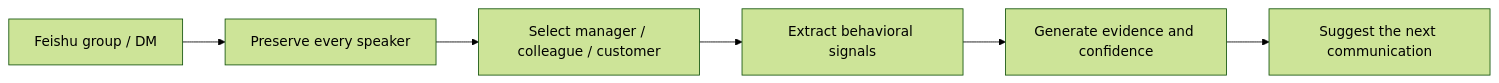
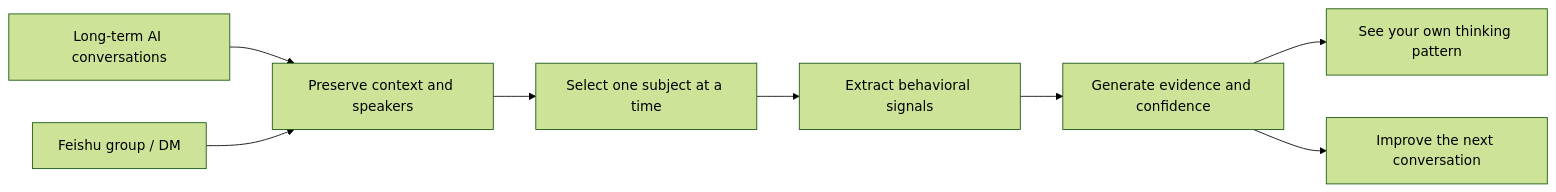
The diagram in README_EN.md (AIPMAndy/KnowMe), drawn with Mermaid (forest theme) before and after one commit. The commit also changed other lines of this file and 1 other file, not shown here.

````diff
--- a/README_EN.md
+++ b/README_EN.md
@@ -48,8 +66,10 @@
 ```mermaid
 flowchart LR
-    A[Feishu group / DM] --> B[Preserve every speaker]
-    B --> C[Select manager / colleague / customer]
+    A1[Long-term AI conversations] --> B[Preserve context and speakers]
+    A2[Feishu group / DM] --> B
+    B --> C[Select one subject at a time]
     C --> D[Extract behavioral signals]
     D --> E[Generate evidence and confidence]
-    E --> F[Suggest the next communication]
+    E --> F1[See your own thinking pattern]
+    E --> F2[Improve the next conversation]
 ```
````
